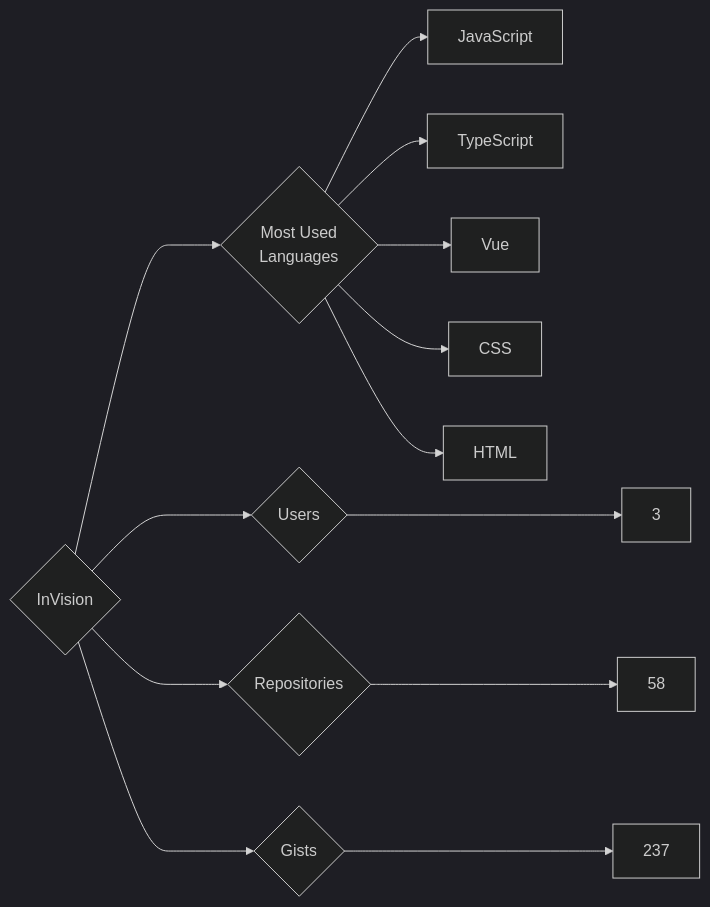
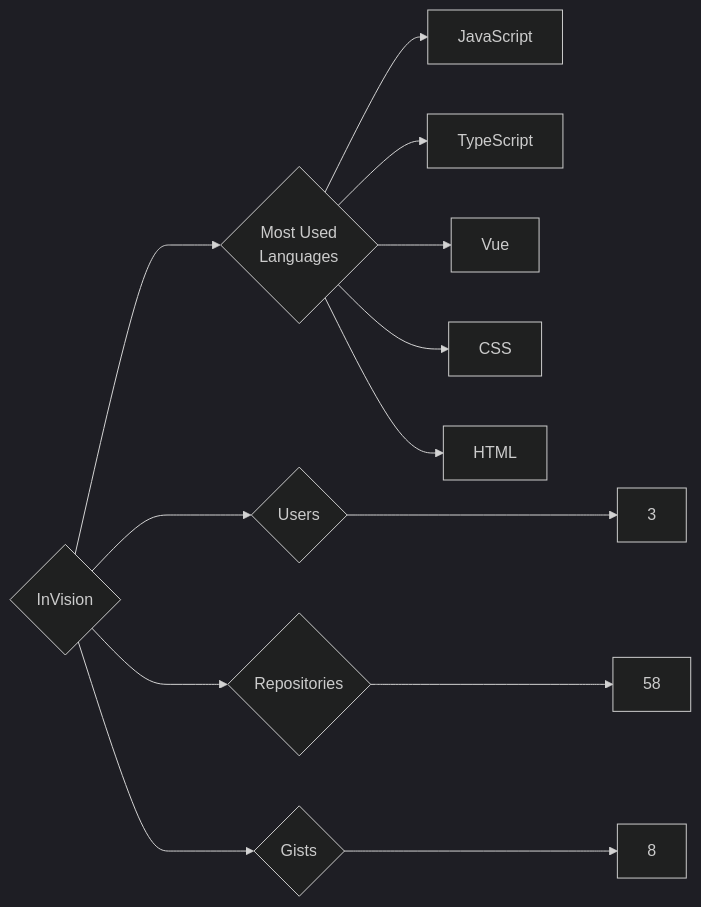
Before and after one commit to trickest/insiders: the diagram in targets/InVision/README.md, drawn with Mermaid (dark theme). The commit also changed 772 other files, not shown here.

````diff
--- a/targets/InVision/README.md
+++ b/targets/InVision/README.md
@@ -3,13 +3,13 @@
 ```mermaid
 graph LR
 COMPANY_NAME{InVision}
 COMPANY_NAME ---> U{Users} ---> UN[3]
 COMPANY_NAME ---> R{Repositories} ---> RN[58]
-COMPANY_NAME ---> G{Gists} ---> GN[237]
+COMPANY_NAME ---> G{Gists} ---> GN[8]
 COMPANY_NAME ---> ML{Most Used<br>Languages}
 ML --> JavaScript[JavaScript]
 ML --> TypeScript[TypeScript]
 ML --> Vue[Vue]
 ML --> CSS[CSS]
 ML --> HTML[HTML]
 ```
````
